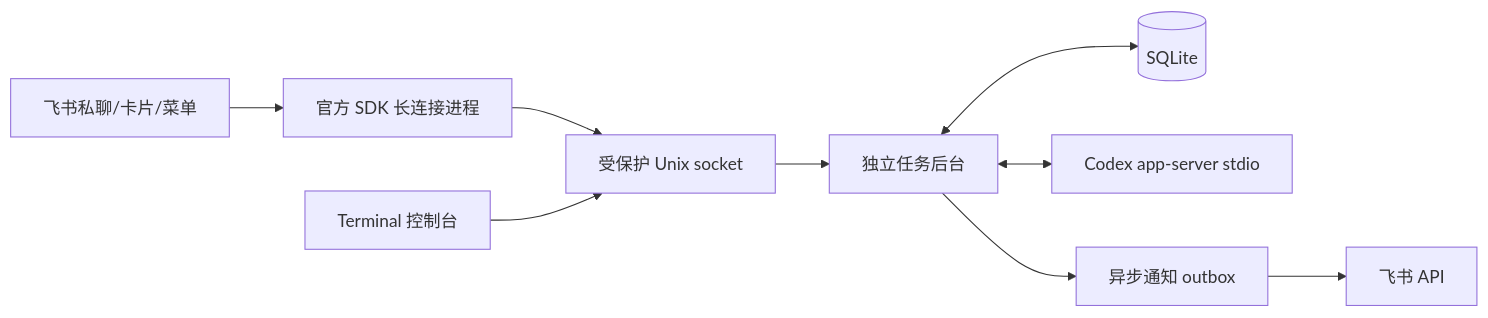
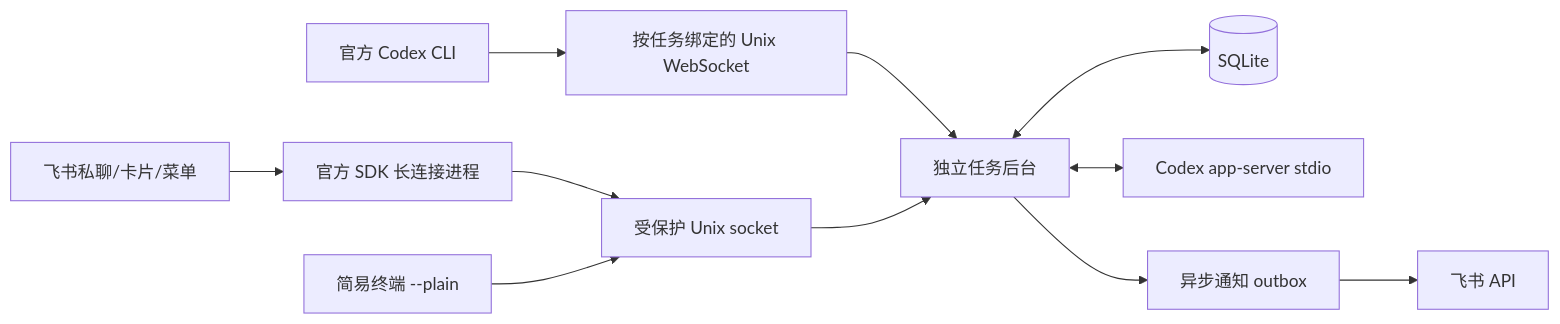
Before and after one commit to ifengzhi/feishu-codex: the diagram in README.md, drawn with Mermaid. The commit also changed other lines of this file and 12 other files, not shown here.

````diff
--- a/README.md
+++ b/README.md
@@ -243,11 +243,13 @@
 ```mermaid
 flowchart LR
     F[飞书私聊/卡片/菜单] --> W[官方 SDK 长连接进程]
     W --> U[受保护 Unix socket]
-    T[Terminal 控制台] --> U
+    T[官方 Codex CLI] --> N[按任务绑定的 Unix WebSocket]
+    N --> B
+    P[简易终端 --plain] --> U
     U --> B[独立任务后台]
     B <--> D[(SQLite)]
     B <--> C[Codex app-server stdio]
     B --> O[异步通知 outbox]
     O --> A[飞书 API]
 ```
````
